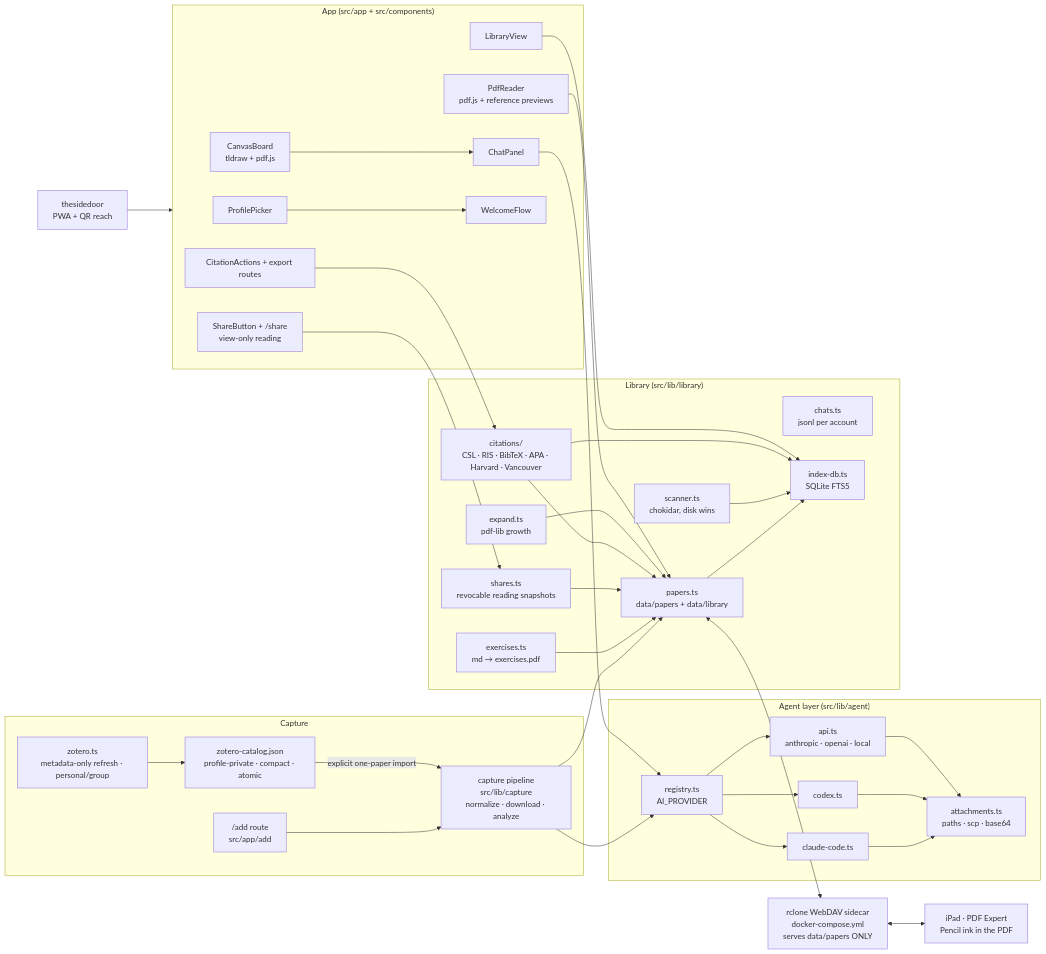
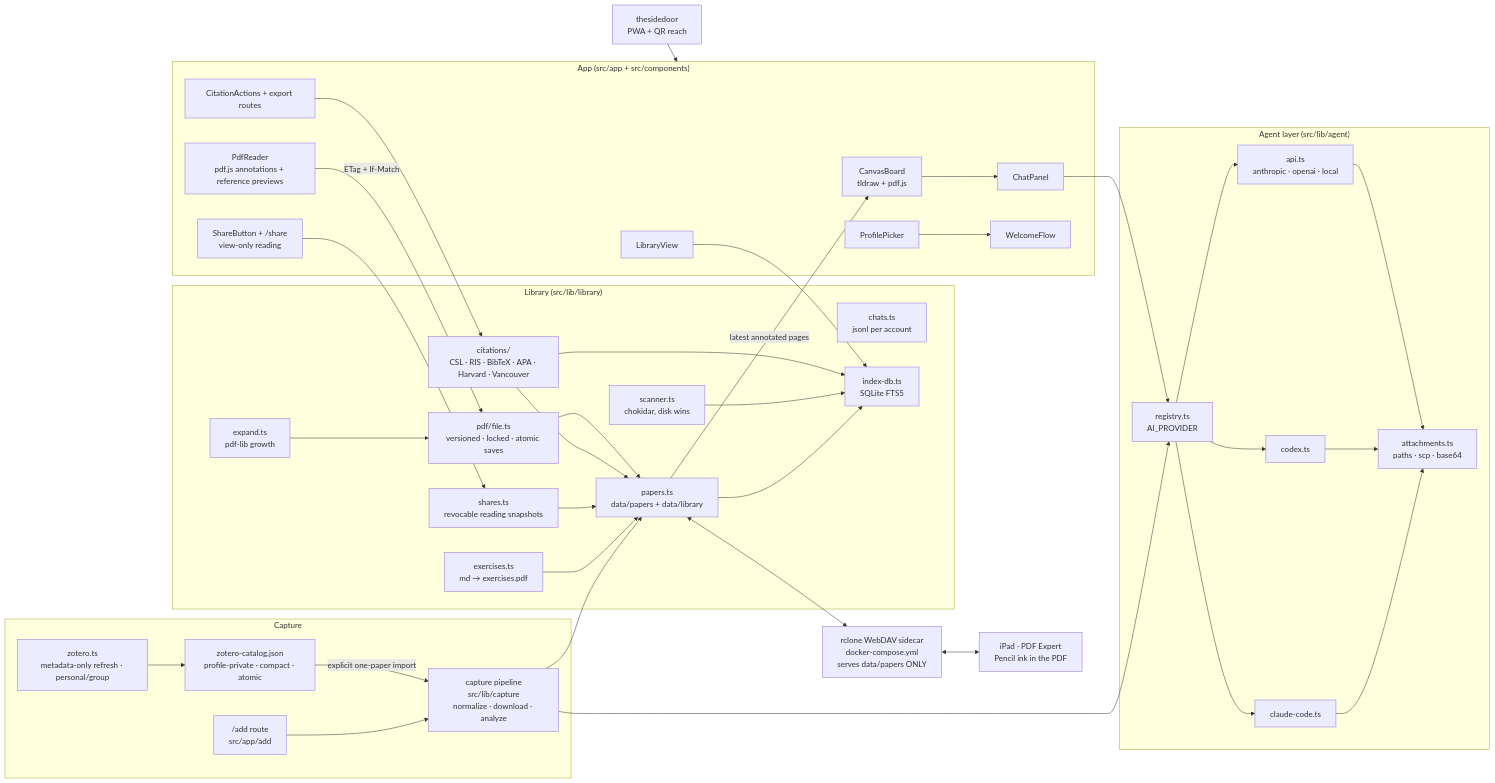
One commit to affromero/papernook changed the diagram in README.md. Above: the diagram before and after it, drawn with Mermaid. The commit also changed other lines of this file and 18 other files, not shown here.

First line of the commit message:
reader: add native PDF annotations

````diff
--- a/README.md
+++ b/README.md
@@ -77,65 +88,67 @@
 ```mermaid
 flowchart LR
     subgraph capture["Capture"]
       add["/add route<br/>src/app/add"]
       pipe["capture pipeline<br/>src/lib/capture<br/>normalize · download · analyze"]
       zotero["zotero.ts<br/>metadata-only refresh · personal/group"]
       zcatalog["zotero-catalog.json<br/>profile-private · compact · atomic"]
     end
 
     subgraph agent["Agent layer (src/lib/agent)"]
       registry["registry.ts<br/>AI_PROVIDER"]
       claude["claude-code.ts"]
       codex["codex.ts"]
       api["api.ts<br/>anthropic · openai · local"]
       attach["attachments.ts<br/>paths · scp · base64"]
     end
 
     subgraph library["Library (src/lib/library)"]
       papers["papers.ts<br/>data/papers + data/library"]
       chats["chats.ts<br/>jsonl per account"]
       index["index-db.ts<br/>SQLite FTS5"]
       scanner["scanner.ts<br/>chokidar, disk wins"]
       expand["expand.ts<br/>pdf-lib growth"]
+      pdffile["pdf/file.ts<br/>versioned · locked · atomic saves"]
       exercises["exercises.ts<br/>md → exercises.pdf"]
       shares["shares.ts<br/>revocable reading snapshots"]
       citations["citations/<br/>CSL · RIS · BibTeX · APA · Harvard · Vancouver"]
     end
 
     subgraph ui["App (src/app + src/components)"]
       picker["ProfilePicker"]
       libview["LibraryView"]
       chatpanel["ChatPanel"]
-      pdfreader["PdfReader<br/>pdf.js + reference previews"]
+      pdfreader["PdfReader<br/>pdf.js annotations + reference previews"]
       canvas["CanvasBoard<br/>tldraw + pdf.js"]
       wizard["WelcomeFlow"]
       shareview["ShareButton + /share<br/>view-only reading"]
       citeui["CitationActions + export routes"]
     end
 
     dav["rclone WebDAV sidecar<br/>docker-compose.yml<br/>serves data/papers ONLY"]
     ipad["iPad · PDF Expert<br/>Pencil ink in the PDF"]
     sidedoor["thesidedoor<br/>PWA + QR reach"]
 
     add --> pipe --> papers
     zotero --> zcatalog
     zcatalog -->|"explicit one-paper import"| pipe
     pipe --> registry
     chatpanel --> registry
     registry --> claude & codex & api
     claude & codex & api --> attach
     papers --> index
     scanner --> index
     papers <--> dav <--> ipad
     exercises --> papers
     shares --> papers
     shareview --> shares
     citeui --> citations --> papers
     citations --> index
-    expand --> papers
+    expand --> pdffile --> papers
+    papers -->|"latest annotated pages"| canvas
     canvas --> chatpanel
-    pdfreader --> papers
+    pdfreader -->|"ETag + If-Match"| pdffile
     libview --> index
     picker --> wizard
     sidedoor --> ui
 ```
````
